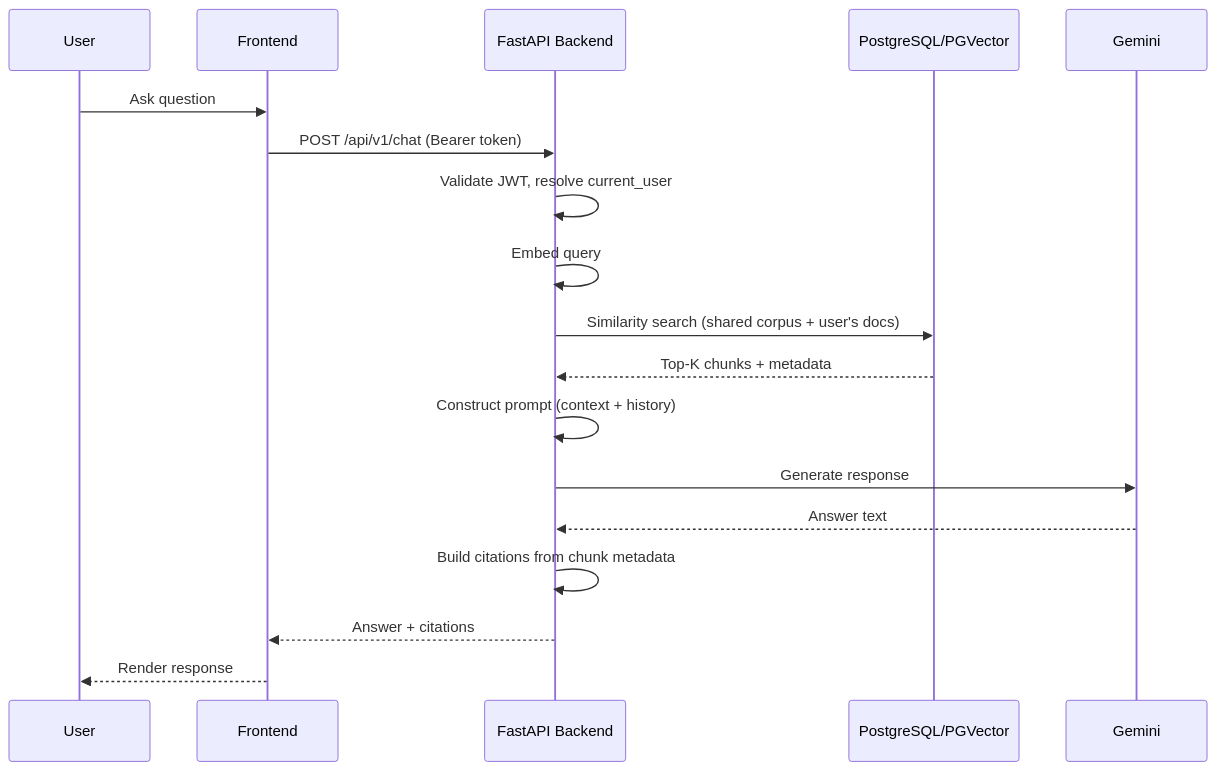
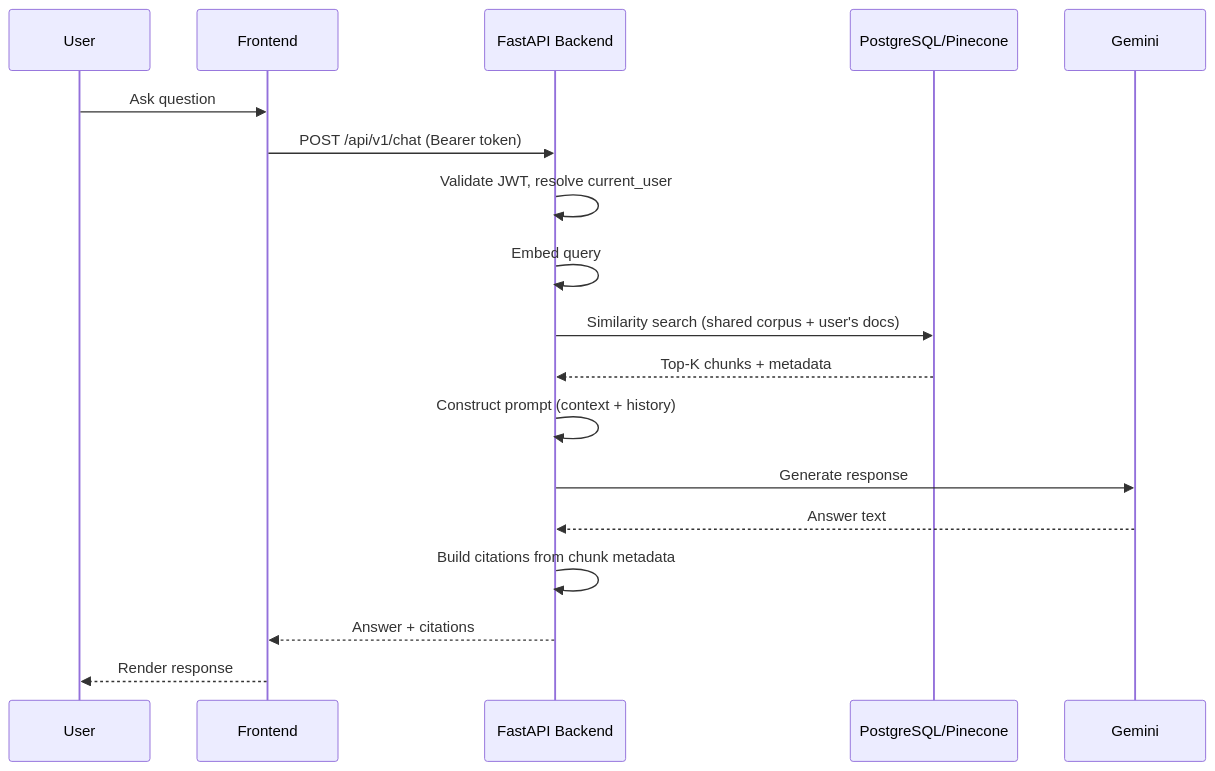
The second of 2 diagrams in SYSTEM_ARCHITECTURE.md (NeetiQ/Samarth_internship_2026_RAG_Chatbot), drawn with Mermaid before and after one commit. The commit also changed other lines of this file and 20 other files, not shown here.

Commit message:
chore: remove PGVector and transition to Pinecone

````diff
--- a/SYSTEM_ARCHITECTURE.md
+++ b/SYSTEM_ARCHITECTURE.md
@@ -54,21 +54,21 @@
 ```mermaid
 sequenceDiagram
     participant U as User
     participant FE as Frontend
     participant API as FastAPI Backend
-    participant DB as PostgreSQL/PGVector
+    participant DB as PostgreSQL/Pinecone
     participant G as Gemini
 
     U->>FE: Ask question
     FE->>API: POST /api/v1/chat (Bearer token)
     API->>API: Validate JWT, resolve current_user
     API->>API: Embed query
     API->>DB: Similarity search (shared corpus + user's docs)
     DB-->>API: Top-K chunks + metadata
     API->>API: Construct prompt (context + history)
     API->>G: Generate response
     G-->>API: Answer text
     API->>API: Build citations from chunk metadata
     API-->>FE: Answer + citations
     FE-->>U: Render response
 ```
````
